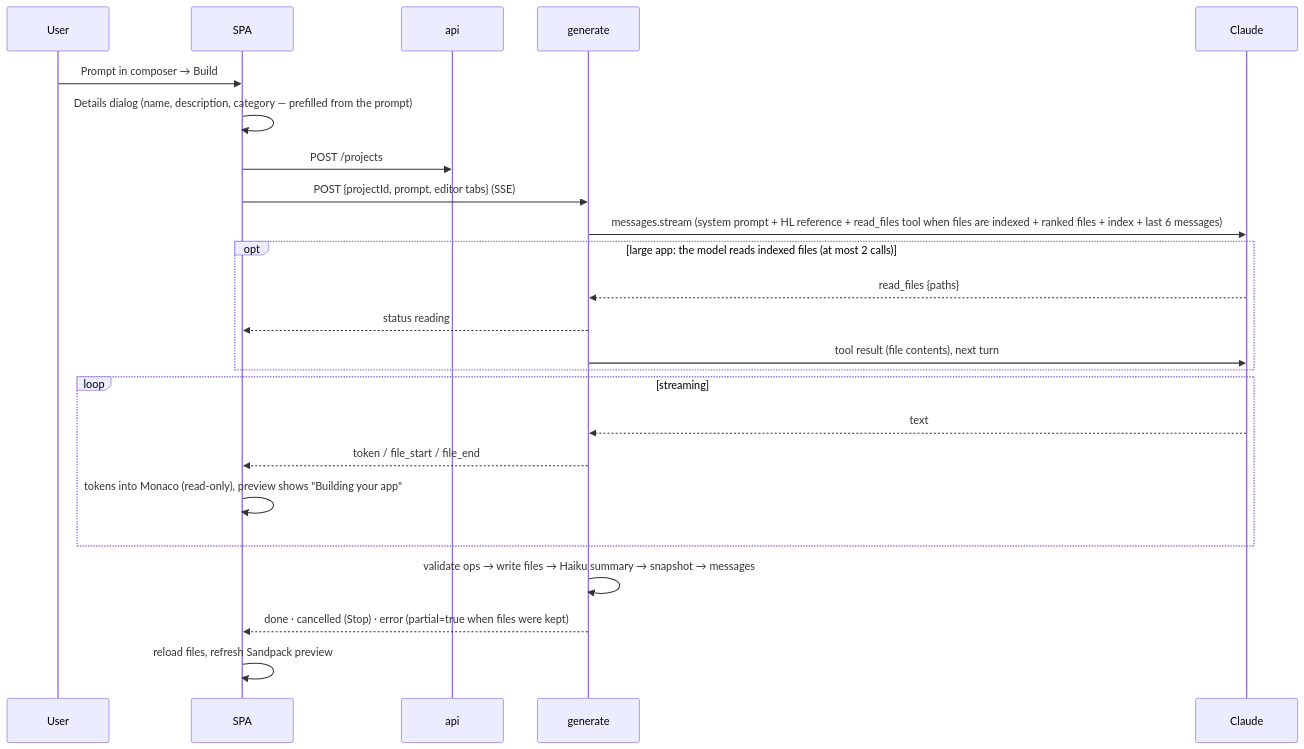
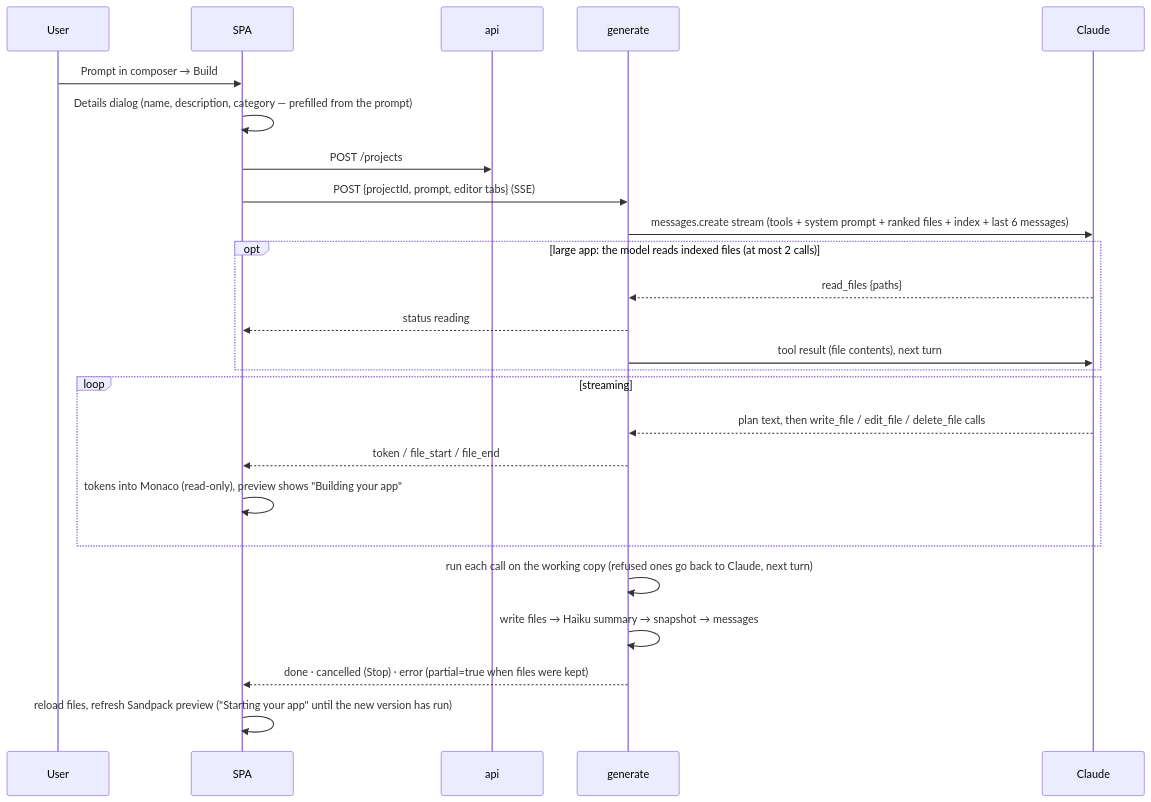
The fourth of 6 diagrams in docs/ARCHITECTURE.md (nirmalbenny/genesis), drawn with Mermaid before and after one commit. The commit also changed other lines of this file and 41 other files, not shown here.

First line of the commit message:
Build apps through tool calls; check code before saving; Fix with AI (#9)

````diff
--- a/docs/ARCHITECTURE.md
+++ b/docs/ARCHITECTURE.md
@@ -271,26 +271,27 @@
 ```mermaid
 sequenceDiagram
   participant U as User
   participant SPA
   participant API as api
   participant G as generate
   participant CL as Claude
   U->>SPA: Prompt in composer → Build
   SPA->>SPA: Details dialog (name, description, category — prefilled from the prompt)
   SPA->>API: POST /projects
   SPA->>G: POST {projectId, prompt, editor tabs} (SSE)
-  G->>CL: messages.stream (system prompt + HL reference + read_files tool when files are indexed + ranked files + index + last 6 messages)
+  G->>CL: messages.create stream (tools + system prompt + ranked files + index + last 6 messages)
   opt large app: the model reads indexed files (at most 2 calls)
     CL-->>G: read_files {paths}
     G-->>SPA: status reading
     G->>CL: tool result (file contents), next turn
   end
   loop streaming
-    CL-->>G: text
+    CL-->>G: plan text, then write_file / edit_file / delete_file calls
     G-->>SPA: token / file_start / file_end
     SPA->>SPA: tokens into Monaco (read-only), preview shows "Building your app"
   end
-  G->>G: validate ops → write files → Haiku summary → snapshot → messages
+  G->>G: run each call on the working copy (refused ones go back to Claude, next turn)
+  G->>G: write files → Haiku summary → snapshot → messages
   G-->>SPA: done · cancelled (Stop) · error (partial=true when files were kept)
-  SPA->>SPA: reload files, refresh Sandpack preview
+  SPA->>SPA: reload files, refresh Sandpack preview ("Starting your app" until the new version has run)
 ```
````
